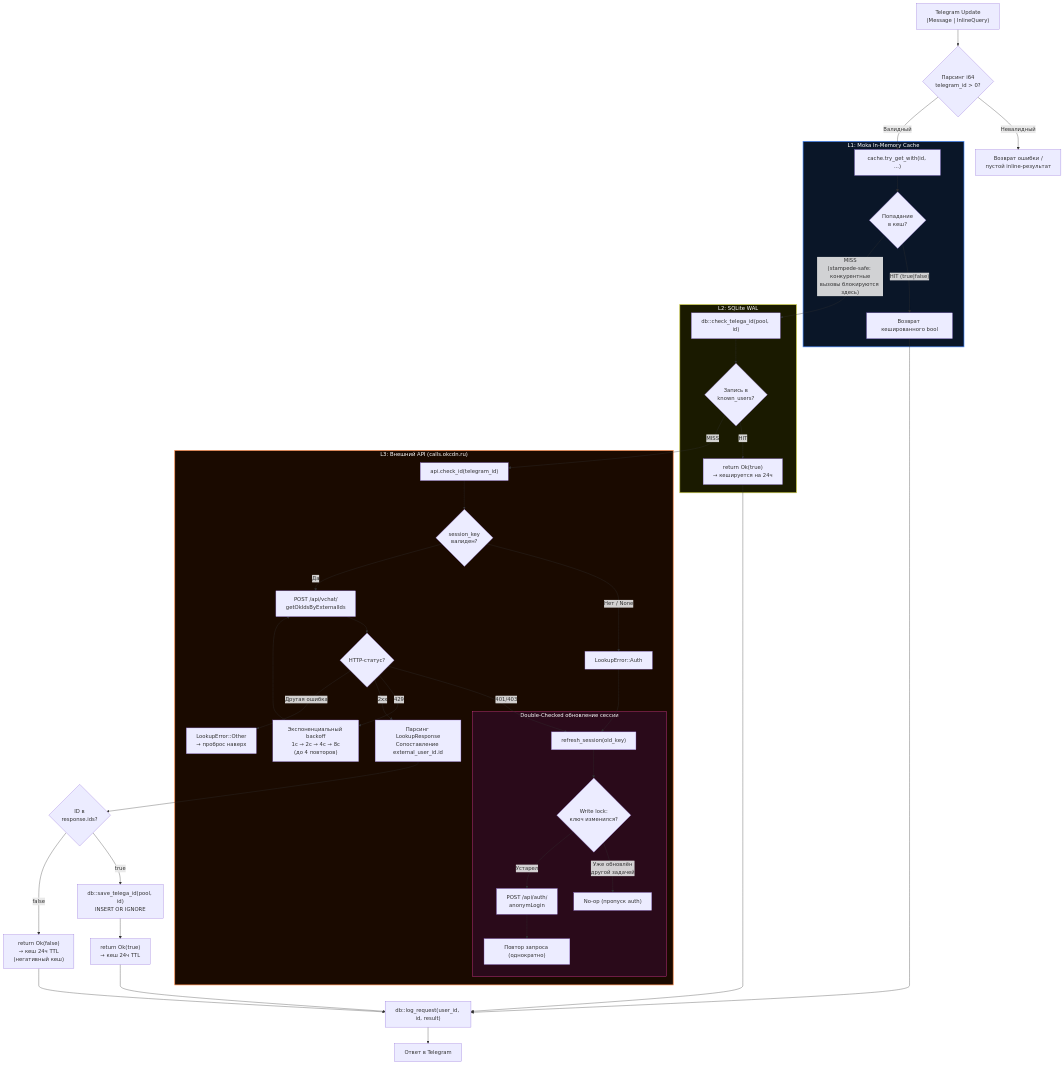
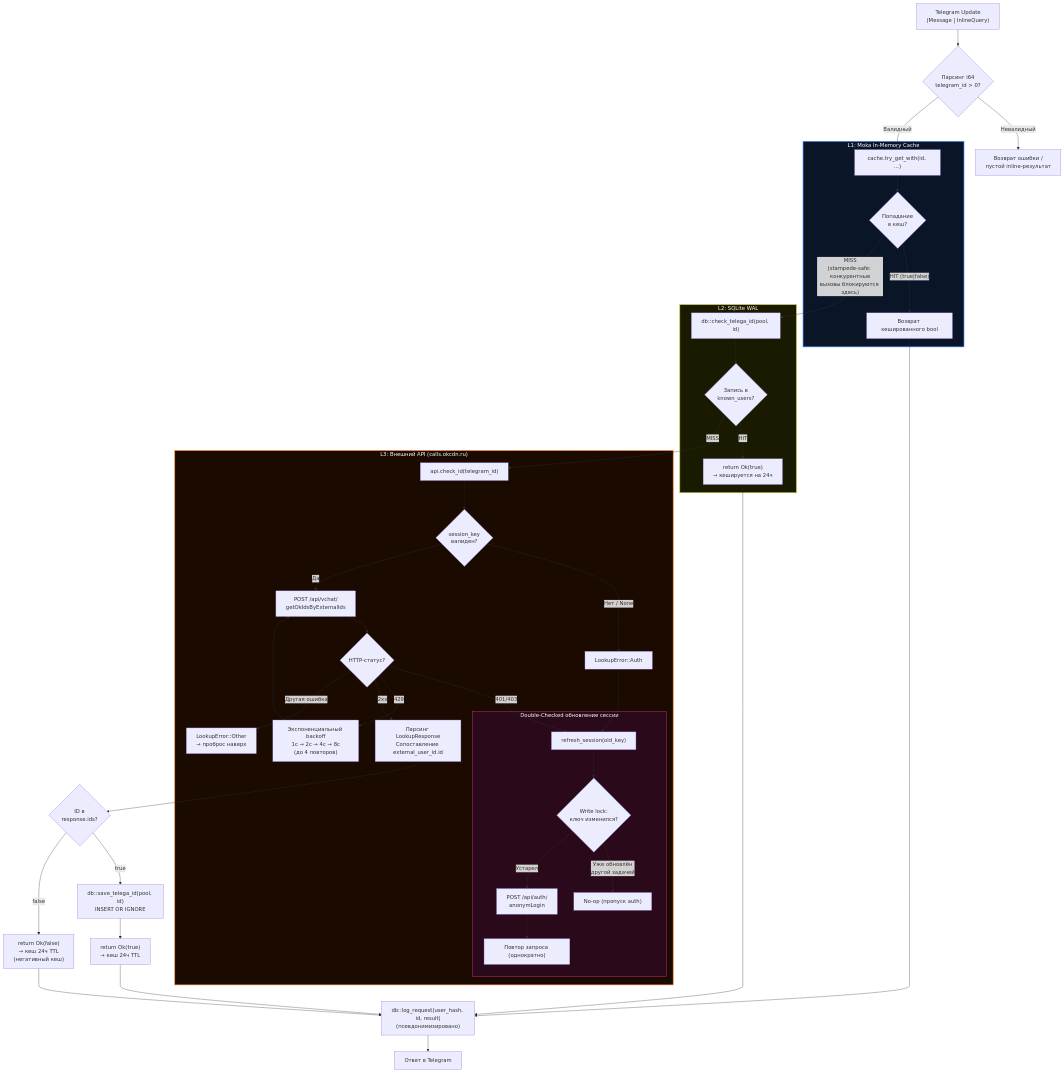
One commit to Berektassuly/telega-checker-rs changed the second of 2 diagrams in docs/README_RU.md. Above: the diagram before and after it, drawn with Mermaid. The commit also changed other lines of this file and 1 other file, not shown here.

````diff
--- a/docs/README_RU.md
+++ b/docs/README_RU.md
@@ -264,61 +262,61 @@
 ```mermaid
 flowchart TD
     INPUT["Telegram Update<br/>(Message | InlineQuery)"] --> VALIDATE{"Парсинг i64<br/>telegram_id > 0?"}
     VALIDATE -- "Невалидный" --> REJECT["Возврат ошибки /<br/>пустой inline-результат"]
     VALIDATE -- "Валидный" --> L1
 
     subgraph CACHE_LAYER["L1: Moka In-Memory Cache"]
         L1["cache.try_get_with(id, ...)"]
         L1 --> L1_CHECK{"Попадание<br/>в кеш?"}
         L1_CHECK -- "HIT (true|false)" --> L1_RETURN["Возврат кешированного bool"]
     end
 
     L1_CHECK -- "MISS<br/>(stampede-safe: конкурентные<br/>вызовы блокируются здесь)" --> L2
 
     subgraph DB_LAYER["L2: SQLite WAL"]
         L2["db::check_telega_id(pool, id)"]
         L2 --> L2_CHECK{"Запись в<br/>known_users?"}
         L2_CHECK -- "HIT" --> L2_RETURN["return Ok(true)<br/>→ кешируется на 24ч"]
     end
 
     L2_CHECK -- "MISS" --> L3
 
     subgraph API_LAYER["L3: Внешний API (calls.okcdn.ru)"]
         L3["api.check_id(telegram_id)"]
         L3 --> AUTH_CHECK{"session_key<br/>валиден?"}
         AUTH_CHECK -- "Нет / None" --> AUTH_ERR["LookupError::Auth"]
         AUTH_CHECK -- "Да" --> API_CALL["POST /api/vchat/<br/>getOkIdsByExternalIds"]
         API_CALL --> API_STATUS{"HTTP-статус?"}
         API_STATUS -- "401/403" --> REFRESH
         API_STATUS -- "429" --> BACKOFF["Экспоненциальный backoff<br/>1с → 2с → 4с → 8с<br/>(до 4 повторов)"]
         BACKOFF --> API_CALL
         API_STATUS -- "2xx" --> PARSE["Парсинг LookupResponse<br/>Сопоставление external_user_id.id"]
         API_STATUS -- "Другая ошибка" --> PROPAGATE["LookupError::Other<br/>→ проброс наверх"]
 
         subgraph SESSION_REFRESH["Double-Checked обновление сессии"]
             REFRESH["refresh_session(old_key)"]
             REFRESH --> LOCK{"Write lock:<br/>ключ изменился?"}
             LOCK -- "Уже обновлён<br/>другой задачей" --> SKIP["No-op (пропуск auth)"]
             LOCK -- "Устарел" --> REAUTH["POST /api/auth/<br/>anonymLogin"]
             REAUTH --> RETRY["Повтор запроса (однократно)"]
         end
 
         AUTH_ERR --> REFRESH
     end
 
     PARSE --> FOUND{"ID в<br/>response.ids?"}
     FOUND -- "true" --> PERSIST["db::save_telega_id(pool, id)<br/>INSERT OR IGNORE"]
     PERSIST --> CACHE_TRUE["return Ok(true)<br/>→ кеш 24ч TTL"]
     FOUND -- "false" --> CACHE_FALSE["return Ok(false)<br/>→ кеш 24ч TTL<br/>(негативный кеш)"]
 
-    CACHE_TRUE --> LOG_REQ["db::log_request(user_id, id, result)"]
+    CACHE_TRUE --> LOG_REQ["db::log_request(user_hash, id, result)<br/>(псевдонимизировано)"]
     CACHE_FALSE --> LOG_REQ
     L1_RETURN --> LOG_REQ
     L2_RETURN --> LOG_REQ
     LOG_REQ --> RESPOND["Ответ в Telegram"]
 
     style CACHE_LAYER fill:#0a1628,stroke:#4488ff,stroke-width:2px,color:#ffffff
     style DB_LAYER fill:#1a1a00,stroke:#cccc44,stroke-width:2px,color:#ffffff
     style API_LAYER fill:#1a0a00,stroke:#ff8844,stroke-width:2px,color:#ffffff
     style SESSION_REFRESH fill:#2a0a1a,stroke:#ff44aa,stroke-width:1px,color:#ffffff
 ```
````
